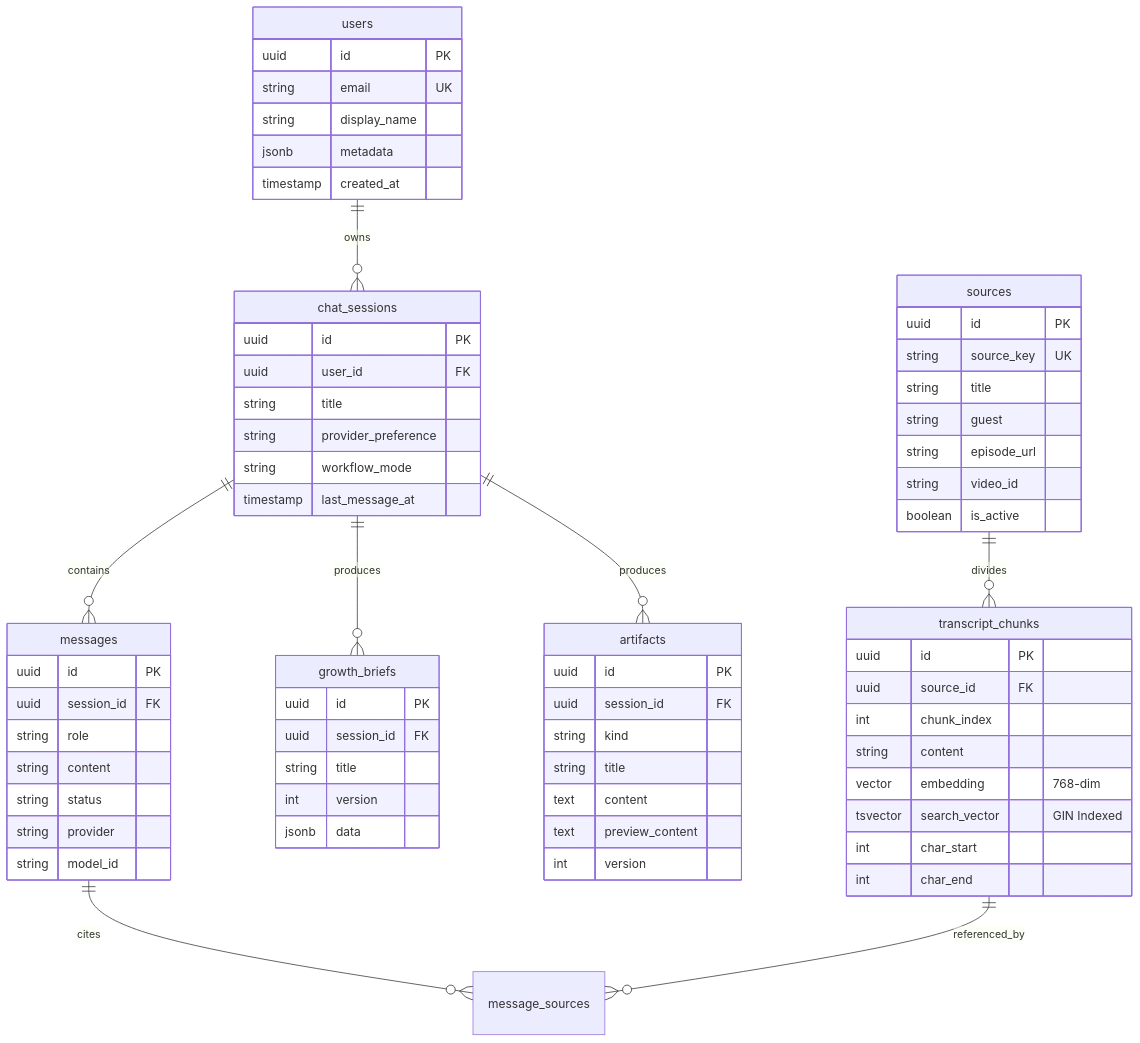
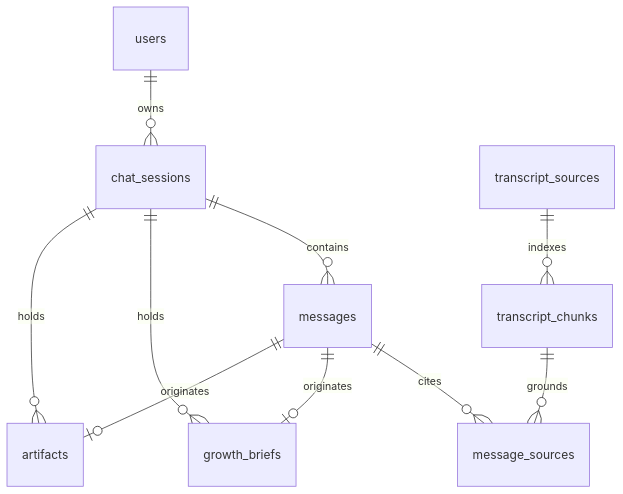
One commit to imshreyaskn/kestrel changed the second of 6 diagrams in docs/architecture.md. Above: the diagram before and after it, drawn with Mermaid. The commit also changed other lines of this file and 25 other files, not shown here.

````diff
--- a/docs/architecture.md
+++ b/docs/architecture.md
@@ -73,76 +61,12 @@
 ```mermaid
 erDiagram
     users ||--o{ chat_sessions : owns
     chat_sessions ||--o{ messages : contains
-    chat_sessions ||--o{ growth_briefs : produces
-    chat_sessions ||--o{ artifacts : produces
-    sources ||--o{ transcript_chunks : divides
+    chat_sessions ||--o{ growth_briefs : holds
+    chat_sessions ||--o{ artifacts : holds
     messages ||--o{ message_sources : cites
-    transcript_chunks ||--o{ message_sources : referenced_by
-
-    users {
-        uuid id PK
-        string email UK
-        string display_name
-        jsonb metadata
-        timestamp created_at
-    }
-
-    chat_sessions {
-        uuid id PK
-        uuid user_id FK
-        string title
-        string provider_preference
-        string workflow_mode
-        timestamp last_message_at
-    }
-
-    messages {
-        uuid id PK
-        uuid session_id FK
-        string role
-        string content
-        string status
-        string provider
-        string model_id
-    }
-
-    sources {
-        uuid id PK
-        string source_key UK
-        string title
-        string guest
-        string episode_url
-        string video_id
-        boolean is_active
-    }
-
-    transcript_chunks {
-        uuid id PK
-        uuid source_id FK
-        int chunk_index
-        string content
-        vector embedding "768-dim"
-        tsvector search_vector "GIN Indexed"
-        int char_start
-        int char_end
-    }
-
-    growth_briefs {
-        uuid id PK
-        uuid session_id FK
-        string title
-        int version
-        jsonb data
-    }
-
-    artifacts {
-        uuid id PK
-        uuid session_id FK
-        string kind
-        string title
-        text content
-        text preview_content
-        int version
-    }
+    transcript_sources ||--o{ transcript_chunks : indexes
+    transcript_chunks ||--o{ message_sources : grounds
+    messages ||--o| growth_briefs : originates
+    messages ||--o| artifacts : originates
 ```
````
